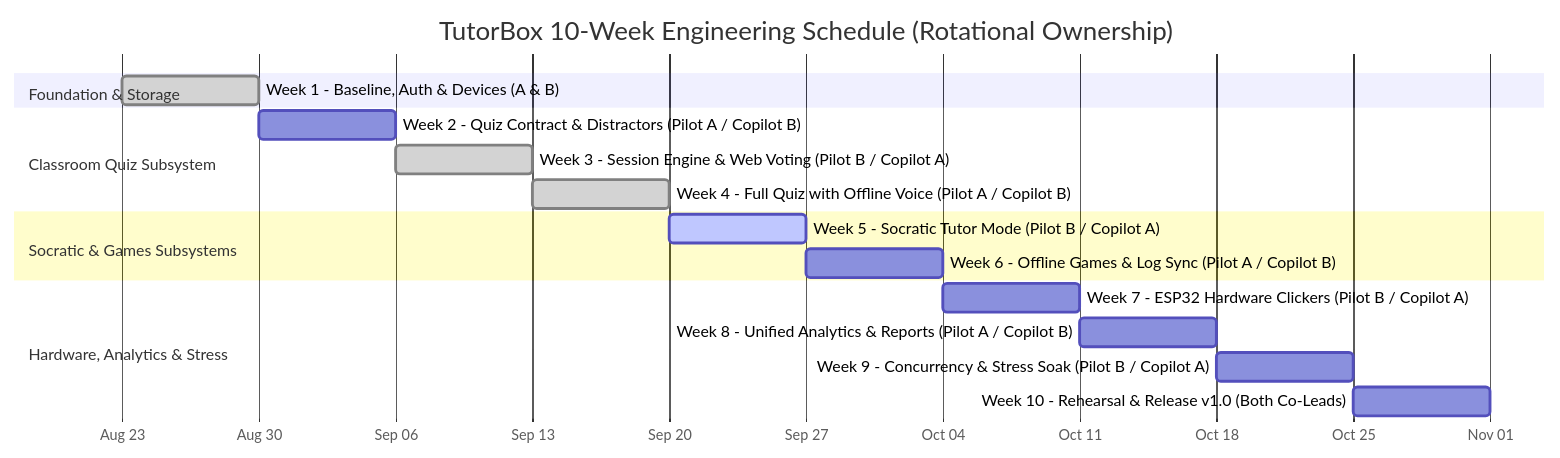
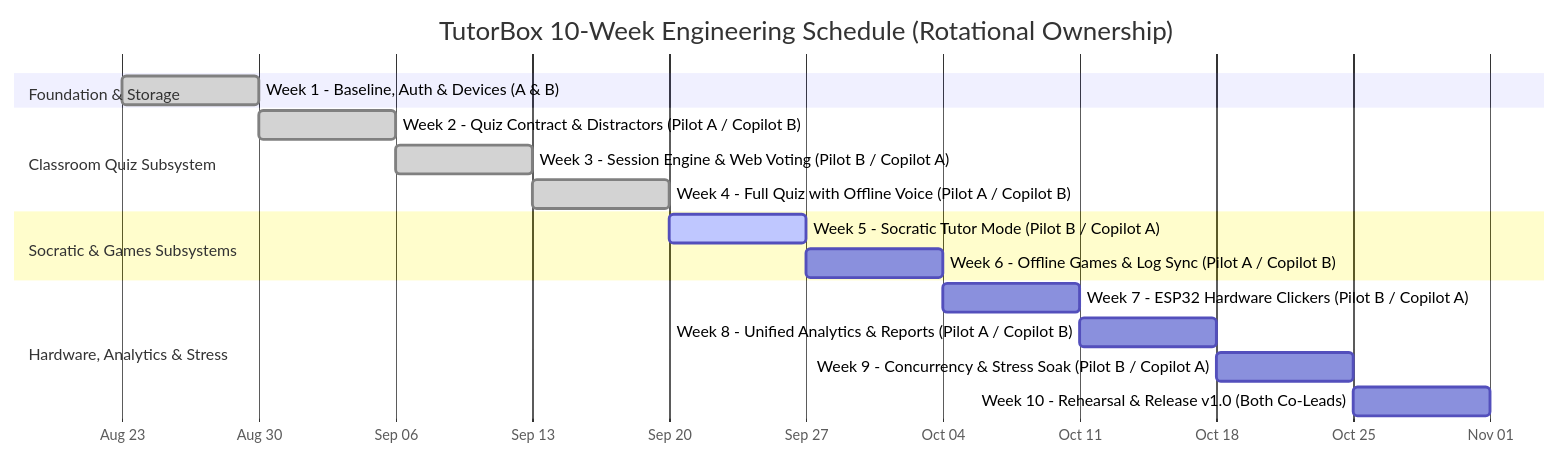
One commit to GabGP/TutorBox changed the diagram in docs/milestones/roadmap.md. Above: the diagram before and after it, drawn with Mermaid. The commit also changed other lines of this file and 4 other files, not shown here.

````diff
--- a/docs/milestones/roadmap.md
+++ b/docs/milestones/roadmap.md
@@ -45,24 +45,24 @@
 ```mermaid
 gantt
     title TutorBox 10-Week Engineering Schedule (Rotational Ownership)
     dateFormat  YYYY-MM-DD
     axisFormat  %b %d
 
     section Foundation & Storage
     Week 1 - Baseline, Auth & Devices (A & B) :done, w1, 2026-08-23, 2026-08-30
 
     section Classroom Quiz Subsystem
-    Week 2 - Quiz Contract & Distractors (Pilot A / Copilot B) :w2, 2026-08-30, 2026-09-06
+    Week 2 - Quiz Contract & Distractors (Pilot A / Copilot B) :done, w2, 2026-08-30, 2026-09-06
     Week 3 - Session Engine & Web Voting (Pilot B / Copilot A) :done, w3, 2026-09-06, 2026-09-13
     Week 4 - Full Quiz with Offline Voice (Pilot A / Copilot B):done, w4, 2026-09-13, 2026-09-20
 
     section Socratic & Games Subsystems
     Week 5 - Socratic Tutor Mode (Pilot B / Copilot A)         :active, w5, 2026-09-20, 2026-09-27
     Week 6 - Offline Games & Log Sync (Pilot A / Copilot B)    :w6, 2026-09-27, 2026-10-04
 
     section Hardware, Analytics & Stress
     Week 7 - ESP32 Hardware Clickers (Pilot B / Copilot A)     :w7, 2026-10-04, 2026-10-11
     Week 8 - Unified Analytics & Reports (Pilot A / Copilot B) :w8, 2026-10-11, 2026-10-18
     Week 9 - Concurrency & Stress Soak (Pilot B / Copilot A)   :w9, 2026-10-18, 2026-10-25
     Week 10 - Rehearsal & Release v1.0 (Both Co-Leads)         :w10, 2026-10-25, 2026-11-01
 ```
````
